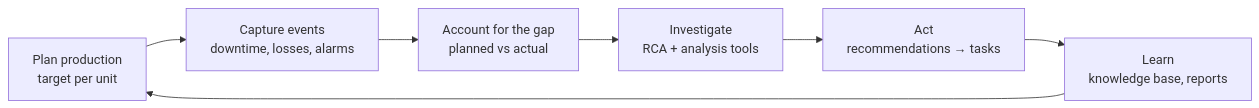
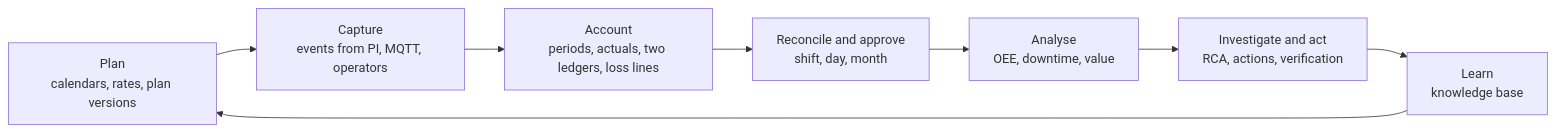
One commit to tofelemed/PLA-Downtime-RCA-V3 changed the first of 3 diagrams in docs/PROACT_APPLICATION_GUIDE.md. Above: the diagram before and after it, drawn with Mermaid. The commit also changed other lines of this file, not shown here.

````diff
--- a/docs/PROACT_APPLICATION_GUIDE.md
+++ b/docs/PROACT_APPLICATION_GUIDE.md
@@ -11,9 +13,10 @@
 ```mermaid
 flowchart LR
-    A[Plan production<br/>target per unit] --> B[Capture events<br/>downtime, losses, alarms]
-    B --> C[Account for the gap<br/>planned vs actual]
-    C --> D[Investigate<br/>RCA + analysis tools]
-    D --> E[Act<br/>recommendations → tasks]
-    E --> F[Learn<br/>knowledge base, reports]
-    F --> A
+    A[Plan<br/>calendars, rates, plan versions] --> B[Capture<br/>events from PI, MQTT, operators]
+    B --> C[Account<br/>periods, actuals, two ledgers, loss lines]
+    C --> D[Reconcile and approve<br/>shift, day, month]
+    D --> E[Analyse<br/>OEE, downtime, value]
+    E --> F[Investigate and act<br/>RCA, actions, verification]
+    F --> G[Learn<br/>knowledge base]
+    G --> A
 ```
````
